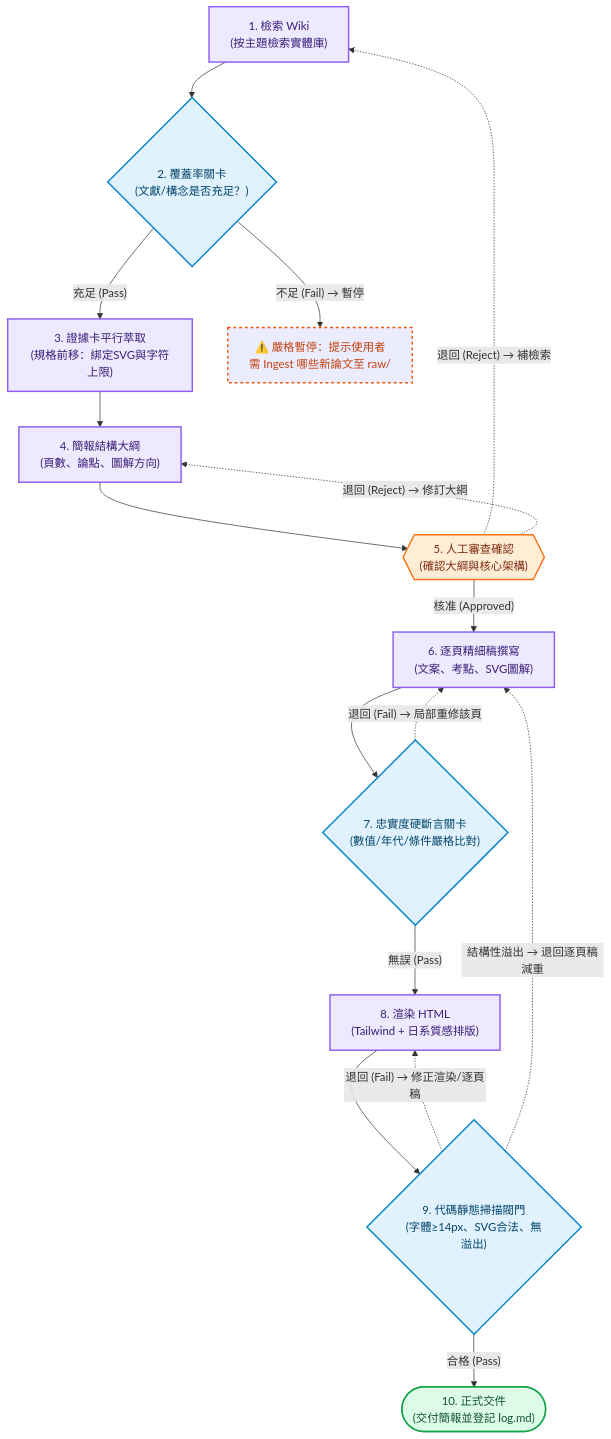
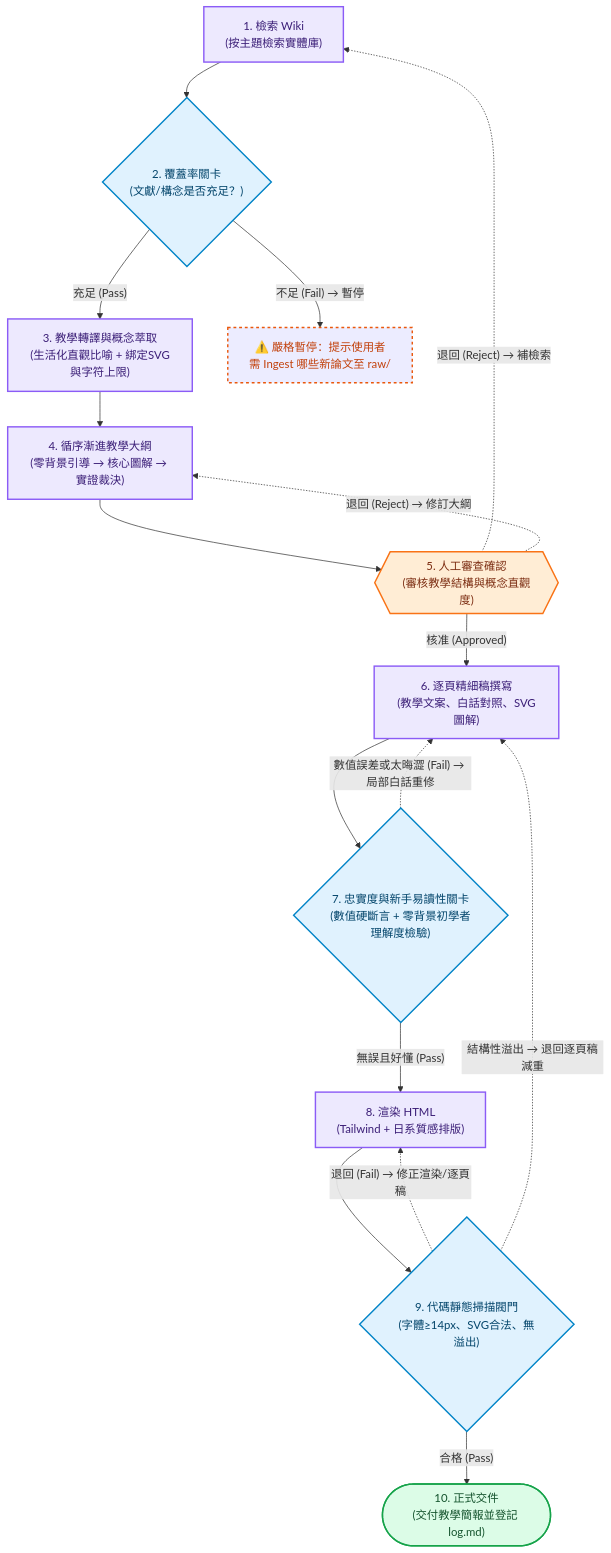
The diagram in AGENTS.md (sasa0905/10), drawn with Mermaid before and after one commit. The commit also changed other lines of this file, not shown here.

Commit message:
docs: enhance Graph workflow with pedagogical translation and novice comprehensibility gates

````diff
--- a/AGENTS.md
+++ b/AGENTS.md
@@ -166,38 +166,38 @@
 ```mermaid
 flowchart TD
     classDef aiNode fill:#ede9fe,stroke:#8b5cf6,stroke-width:2px,color:#3b1e77;
     classDef gateNode fill:#e0f2fe,stroke:#0284c7,stroke-width:2px,color:#03456b;
     classDef humanNode fill:#ffedd5,stroke:#f97316,stroke-width:2px,color:#7c2d12;
     classDef deliverNode fill:#dcfce7,stroke:#16a34a,stroke-width:2px,color:#14532d;
     classDef rollback stroke:#ea580c,stroke-width:2px,stroke-dasharray: 4 4,color:#c2410c;
 
     N1["1. 檢索 Wiki<br/>(按主題檢索實體庫)"]:::aiNode
     N2{"2. 覆蓋率關卡<br/>(文獻/構念是否充足？)"}:::gateNode
-    N3["3. 證據卡平行萃取<br/>(規格前移：綁定SVG與字符上限)"]:::aiNode
-    N4["4. 簡報結構大綱<br/>(頁數、論點、圖解方向)"]:::aiNode
-    N5{{"5. 人工審查確認<br/>(確認大綱與核心架構)"}}:::humanNode
-    N6["6. 逐頁精細稿撰寫<br/>(文案、考點、SVG圖解)"]:::aiNode
-    N7{"7. 忠實度硬斷言關卡<br/>(數值/年代/條件嚴格比對)"}:::gateNode
+    N3["3. 教學轉譯與概念萃取<br/>(生活化直觀比喻 + 綁定SVG與字符上限)"]:::aiNode
+    N4["4. 循序漸進教學大綱<br/>(零背景引導 → 核心圖解 → 實證裁決)"]:::aiNode
+    N5{{"5. 人工審查確認<br/>(審核教學結構與概念直觀度)"}}:::humanNode
+    N6["6. 逐頁精細稿撰寫<br/>(教學文案、白話對照、SVG圖解)"]:::aiNode
+    N7{"7. 忠實度與新手易讀性關卡<br/>(數值硬斷言 + 零背景初學者理解度檢驗)"}:::gateNode
     N8["8. 渲染 HTML<br/>(Tailwind + 日系質感排版)"]:::aiNode
     N9{"9. 代碼靜態掃描閥門<br/>(字體≥14px、SVG合法、無溢出)"}:::gateNode
-    N10(["10. 正式交件<br/>(交付簡報並登記 log.md)"]):::deliverNode
+    N10(["10. 正式交件<br/>(交付教學簡報並登記 log.md)"]):::deliverNode
 
     %% 主流程
     N1 --> N2
     N2 -- "充足 (Pass)" --> N3
     N3 --> N4
     N4 --> N5
     N5 -- "核准 (Approved)" --> N6
     N6 --> N7
-    N7 -- "無誤 (Pass)" --> N8
+    N7 -- "無誤且好懂 (Pass)" --> N8
     N8 --> N9
     N9 -- "合格 (Pass)" --> N10
 
     %% 退回與中斷分支
     N2 -- "不足 (Fail) → 暫停" --> STOP["⚠️ 嚴格暫停：提示使用者<br/>需 Ingest 哪些新論文至 raw/"]:::rollback
     N5 -. "退回 (Reject) → 補檢索" .-> N1
     N5 -. "退回 (Reject) → 修訂大綱" .-> N4
-    N7 -. "退回 (Fail) → 局部重修該頁" .-> N6
+    N7 -. "數值誤差或太晦澀 (Fail) → 局部白話重修" .-> N6
     N9 -. "退回 (Fail) → 修正渲染/逐頁稿" .-> N8
     N9 -. "結構性溢出 → 退回逐頁稿減重" .-> N6
 ```
````
